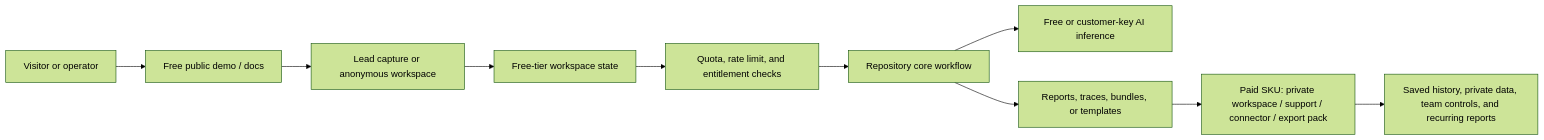
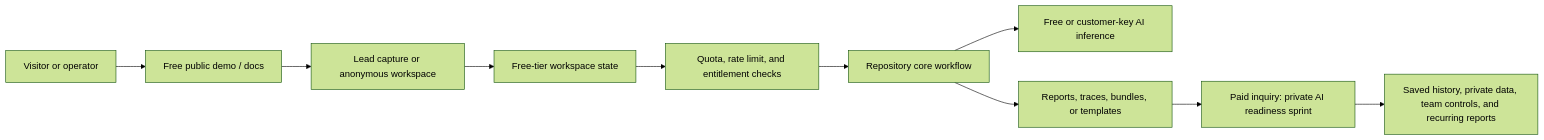
Before and after one commit to KIM3310/lakehouse-contract-lab: the diagram in docs/revenue-architecture.md, drawn with Mermaid (forest theme). The commit also changed other lines of this file and 12 other files, not shown here.

````diff
--- a/docs/revenue-architecture.md
+++ b/docs/revenue-architecture.md
@@ -31,12 +32,12 @@
 ```mermaid
 flowchart LR
   Visitor["Visitor or operator"] --> Demo["Free public demo / docs"]
   Demo --> Capture["Lead capture or anonymous workspace"]
   Capture --> Workspace["Free-tier workspace state"]
   Workspace --> Meter["Quota, rate limit, and entitlement checks"]
   Meter --> Core["Repository core workflow"]
   Core --> AI["Free or customer-key AI inference"]
   Core --> Export["Reports, traces, bundles, or templates"]
-  Export --> Upgrade["Paid SKU: private workspace / support / connector / export pack"]
+  Export --> Upgrade["Paid inquiry: private AI readiness sprint"]
   Upgrade --> Retention["Saved history, private data, team controls, and recurring reports"]
 ```
````
